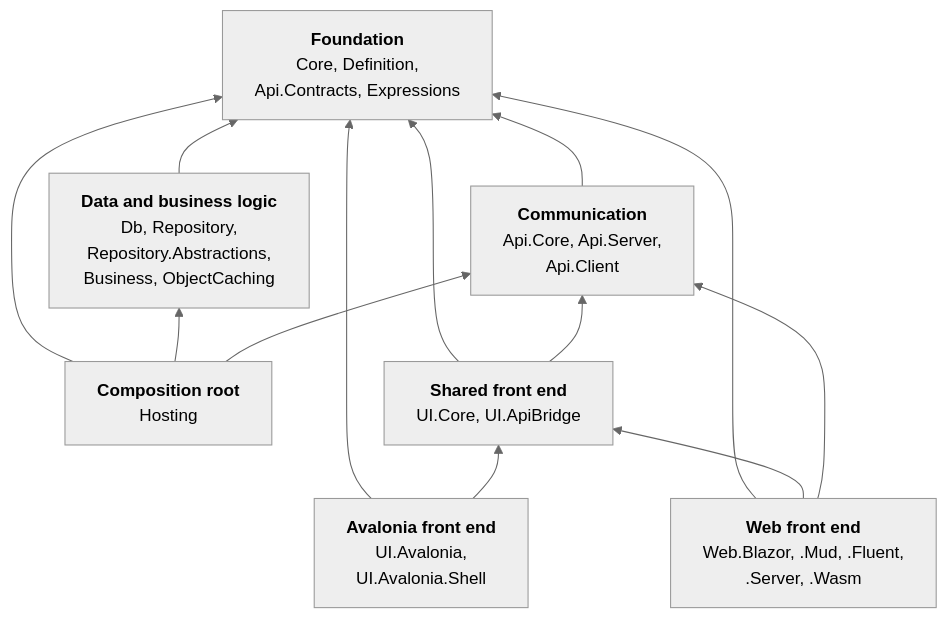
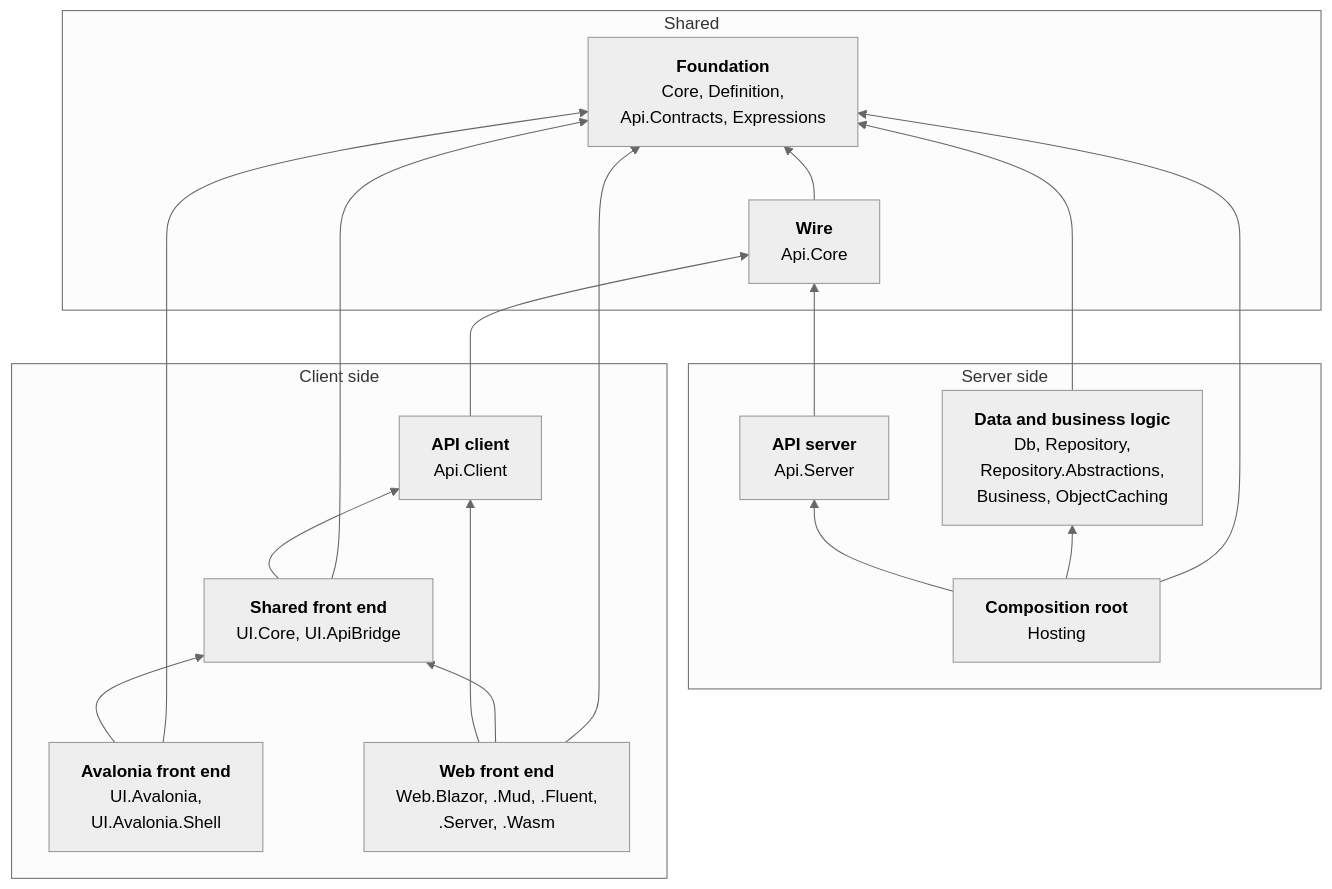
The first of 10 diagrams in docs/en/architecture/dependency-map.md (polhem-dev/polhem), drawn with Mermaid (neutral theme) before and after one commit. The commit also changed other lines of this file and 1 other file, not shown here.

First line of the commit message:
Group the dependency map's areas into shared, server side and client side (#309)

````diff
--- a/docs/en/architecture/dependency-map.md
+++ b/docs/en/architecture/dependency-map.md
@@ -18,23 +19,33 @@
 ```mermaid
 graph BT
-  Foundation["<b>Foundation</b><br/>Core, Definition,<br/>Api.Contracts, Expressions"]
-  Backend["<b>Data and business logic</b><br/>Db, Repository,<br/>Repository.Abstractions,<br/>Business, ObjectCaching"]
-  Wire["<b>Communication</b><br/>Api.Core, Api.Server,<br/>Api.Client"]
-  Composition["<b>Composition root</b><br/>Hosting"]
-  FrontShared["<b>Shared front end</b><br/>UI.Core, UI.ApiBridge"]
-  Avalonia["<b>Avalonia front end</b><br/>UI.Avalonia,<br/>UI.Avalonia.Shell"]
-  Web["<b>Web front end</b><br/>Web.Blazor, .Mud, .Fluent,<br/>.Server, .Wasm"]
+  subgraph SharedSide ["Shared"]
+    Foundation["<b>Foundation</b><br/>Core, Definition,<br/>Api.Contracts, Expressions"]
+    Wire["<b>Wire</b><br/>Api.Core"]
+  end
+  subgraph ServerSide ["Server side"]
+    Backend["<b>Data and business logic</b><br/>Db, Repository,<br/>Repository.Abstractions,<br/>Business, ObjectCaching"]
+    ApiServer["<b>API server</b><br/>Api.Server"]
+    Composition["<b>Composition root</b><br/>Hosting"]
+  end
+  subgraph ClientSide ["Client side"]
+    ApiClient["<b>API client</b><br/>Api.Client"]
+    FrontShared["<b>Shared front end</b><br/>UI.Core, UI.ApiBridge"]
+    Avalonia["<b>Avalonia front end</b><br/>UI.Avalonia,<br/>UI.Avalonia.Shell"]
+    Web["<b>Web front end</b><br/>Web.Blazor, .Mud, .Fluent,<br/>.Server, .Wasm"]
+  end
 
+  Wire --> Foundation
   Backend --> Foundation
-  Wire --> Foundation
+  ApiServer --> Wire
   Composition --> Foundation
   Composition --> Backend
-  Composition --> Wire
+  Composition --> ApiServer
+  ApiClient --> Wire
   FrontShared --> Foundation
-  FrontShared --> Wire
+  FrontShared --> ApiClient
   Avalonia --> Foundation
   Avalonia --> FrontShared
   Web --> Foundation
   Web --> FrontShared
-  Web --> Wire
+  Web --> ApiClient
 ```
````
